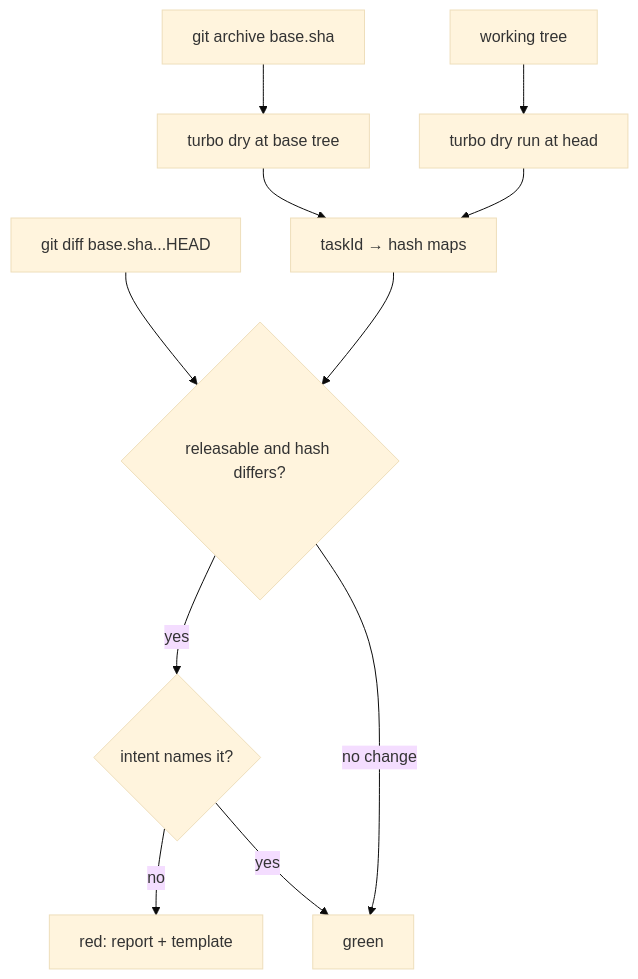
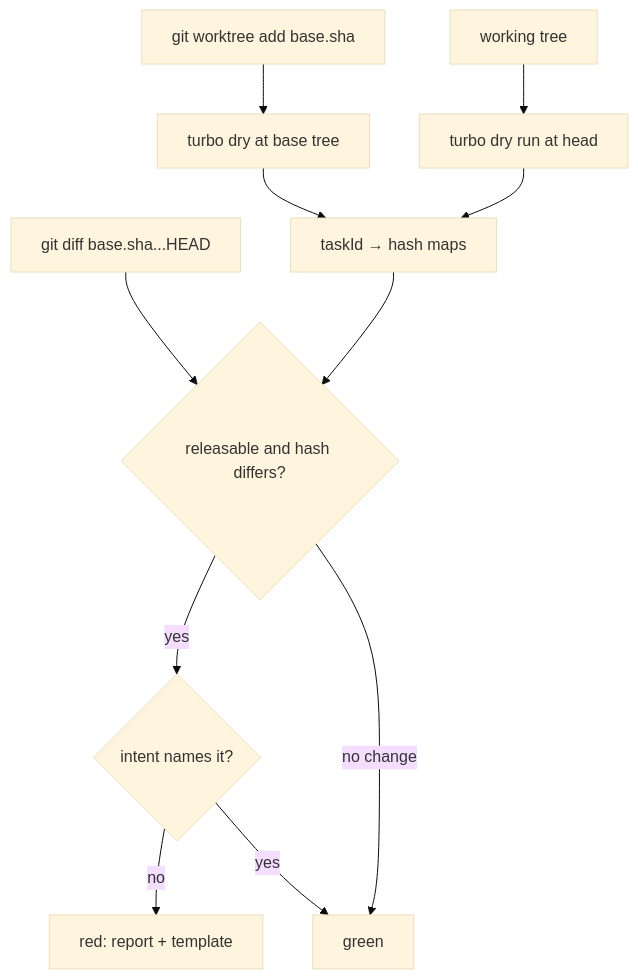
Before and after one commit to systemfsoftware/systemfsoftware: the diagram in docs/plans/2026-08-16-002-refactor-changeset-turbo-hash-gate-plan.md, drawn with Mermaid (base theme). The commit also changed other lines of this file and 5 other files, not shown here.

````diff
--- a/docs/plans/2026-08-16-002-refactor-changeset-turbo-hash-gate-plan.md
+++ b/docs/plans/2026-08-16-002-refactor-changeset-turbo-hash-gate-plan.md
@@ -78,13 +78,13 @@
 ```mermaid
 flowchart TB
-  B[git archive base.sha] --> C1[turbo dry at base tree]
+  B[git worktree add base.sha] --> C1[turbo dry at base tree]
   C1 --> M[taskId → hash maps]
   WT[working tree] --> C2[turbo dry run at head]
   C2 --> M
   D[git diff base.sha...HEAD] --> V
   M --> V{releasable and hash differs?}
   V -->|yes| I{intent names it?}
   I -->|no| X[red: report + template]
   I -->|yes| G[green]
   V -->|no change| G
 ```
````
